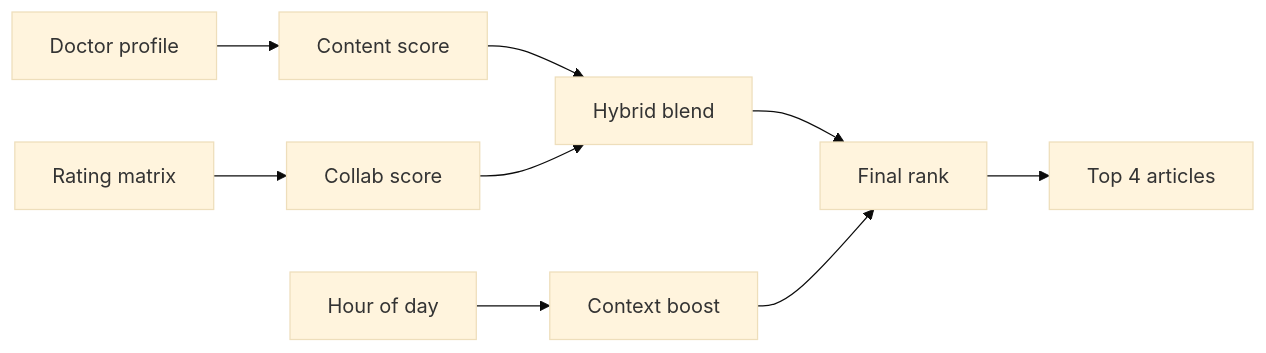
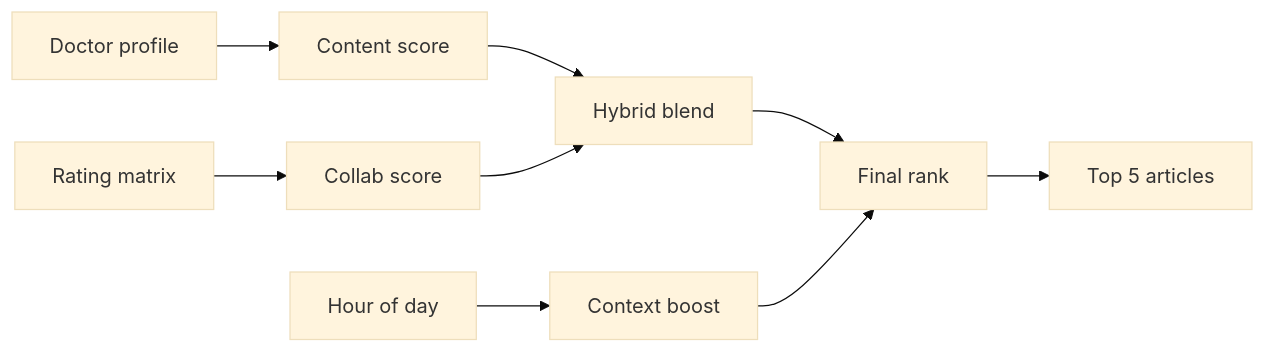
Before and after one commit to wasimahmadpk/MedX: the diagram in README.md, drawn with Mermaid (base theme). The commit also changed other lines of this file and 2 other files, not shown here.

````diff
--- a/README.md
+++ b/README.md
@@ -75,11 +75,11 @@
 ```mermaid
 flowchart LR
   A[Doctor profile] --> C[Content score]
   B[Rating matrix] --> S[Collab score]
   C --> H[Hybrid blend]
   S --> H
   T[Hour of day] --> X[Context boost]
   H --> F[Final rank]
   X --> F
-  F --> R[Top 4 articles]
+  F --> R[Top 5 articles]
 ```
````
